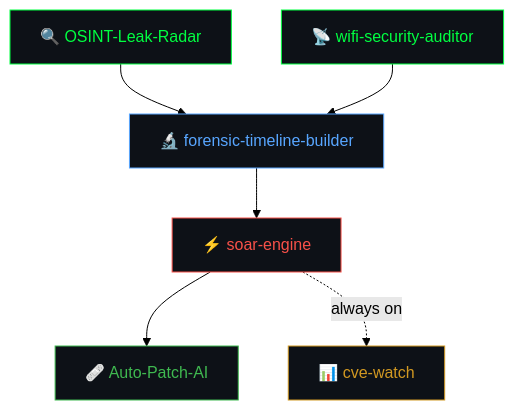
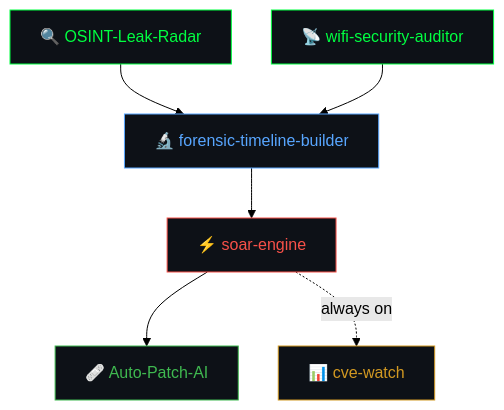
Before and after one commit to X-Abhishek-X/X-Abhishek-X: the diagram in README.md, drawn with Mermaid (forest theme). The commit also changed other lines of this file, not shown here.

Commit message:
fix: replace broken stats URLs, add mermaid wrapping fix

````diff
--- a/README.md
+++ b/README.md
@@ -17,15 +17,16 @@
 ```mermaid
+%%{init:{"flowchart":{"wrappingWidth":250,"nodeSpacing":40,"rankSpacing":50}}}%%
 graph TD
     A["🔍 OSINT-Leak-Radar"] --> C["🔬 forensic-timeline-builder"]
     B["📡 wifi-security-auditor"] --> C
     C --> D["⚡ soar-engine"]
     D --> E["🩹 Auto-Patch-AI"]
     D -.->|always on| F["📊 cve-watch"]
 
     style A fill:#0d1117,stroke:#00ff41,color:#00ff41
     style B fill:#0d1117,stroke:#00ff41,color:#00ff41
     style C fill:#0d1117,stroke:#58a6ff,color:#58a6ff
     style D fill:#0d1117,stroke:#f85149,color:#f85149
     style E fill:#0d1117,stroke:#3fb950,color:#3fb950
     style F fill:#0d1117,stroke:#d29922,color:#d29922
 ```
````
